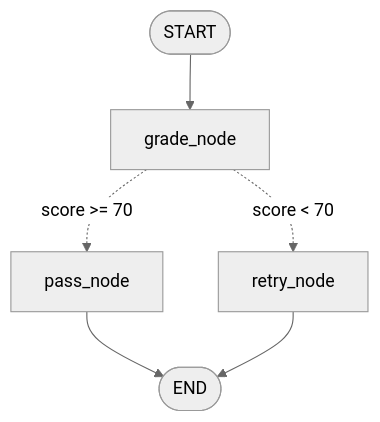
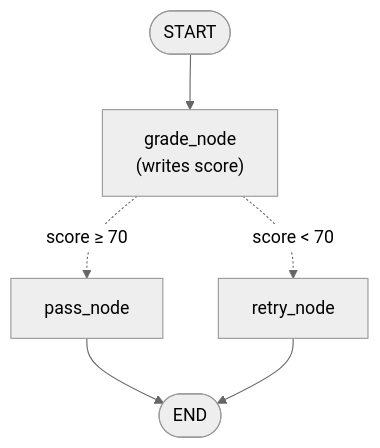
Before and after one commit to Walid-Ahmed/langgraph-tutorials: the first of 2 diagrams in 4-Conditional Edges/README.md, drawn with Mermaid (neutral theme). The commit also changed other lines of this file and 8 other files, not shown here.

````diff
--- a/4-Conditional Edges/README.md
+++ b/4-Conditional Edges/README.md
@@ -37,8 +22,8 @@
 ```mermaid
 flowchart TD
-    START([START]) --> GRADE["grade_node"]
-    GRADE -. "score >= 70" .-> PASS["pass_node"]
-    GRADE -. "score < 70" .-> RETRY["retry_node"]
-    PASS --> END([END])
-    RETRY --> END
+    START([START]) --> G["grade_node<br/>(writes score)"]
+    G -. "score ≥ 70" .-> P["pass_node"]
+    G -. "score < 70" .-> R["retry_node"]
+    P --> END([END])
+    R --> END
 ```
````
